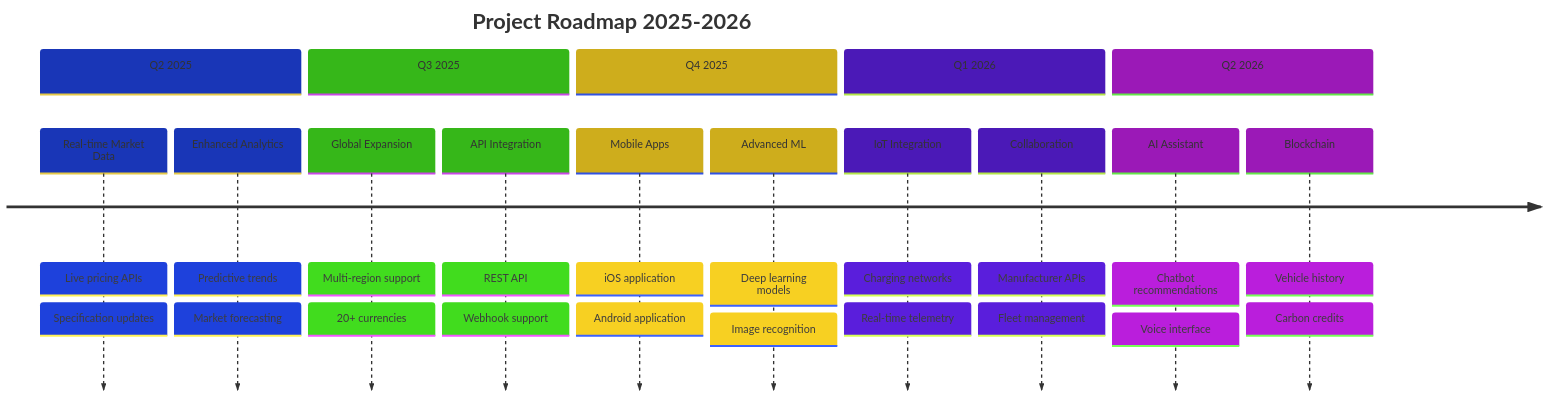
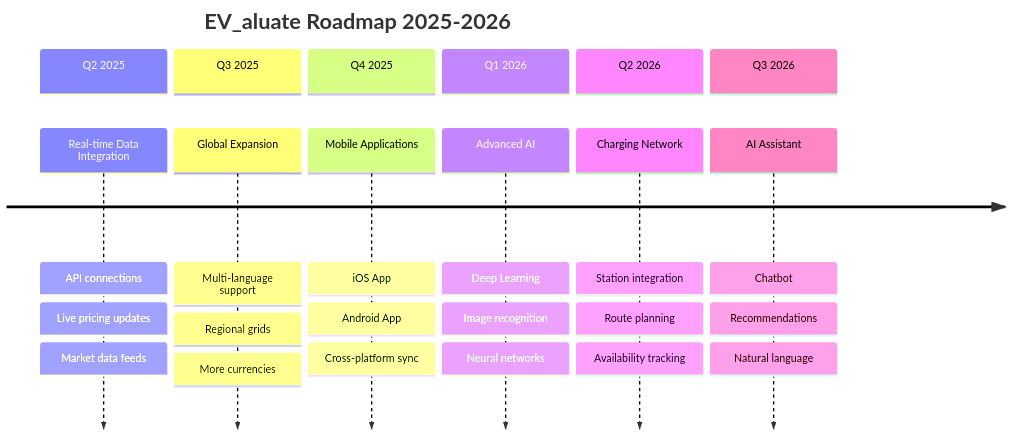
Diagram 13 of 13 in README.md (RaGaS958/EV_aulate), drawn with Mermaid before and after one commit. The commit also changed other lines of this file, not shown here.

````diff
--- a/README.md
+++ b/README.md
@@ -1793,30 +1744,16 @@
 ```mermaid
-%%{init: {'theme':'base', 'themeVariables': { 'primaryColor':'#667eea','lineColor':'#f093fb'}}}%%
 timeline
-    title Project Roadmap 2025-2026
+    title EV_aluate Roadmap 2025-2026
     section Q2 2025
-        Real-time Market Data : Live pricing APIs
-                              : Specification updates
-        Enhanced Analytics : Predictive trends
-                          : Market forecasting
+        Real-time Data Integration : API connections : Live pricing updates : Market data feeds
     section Q3 2025
-        Global Expansion : Multi-region support
-                        : 20+ currencies
-        API Integration : REST API
-                       : Webhook support
+        Global Expansion : Multi-language support : Regional grids : More currencies
     section Q4 2025
-        Mobile Apps : iOS application
-                   : Android application
-        Advanced ML : Deep learning models
-                   : Image recognition
+        Mobile Applications : iOS App : Android App : Cross-platform sync
     section Q1 2026
-        IoT Integration : Charging networks
-                       : Real-time telemetry
-        Collaboration : Manufacturer APIs
-                     : Fleet management
+        Advanced AI : Deep Learning : Image recognition : Neural networks
     section Q2 2026
-        AI Assistant : Chatbot recommendations
-                    : Voice interface
-        Blockchain : Vehicle history
-                  : Carbon credits
+        Charging Network : Station integration : Route planning : Availability tracking
+    section Q3 2026
+        AI Assistant : Chatbot : Recommendations : Natural language
 ```
````
